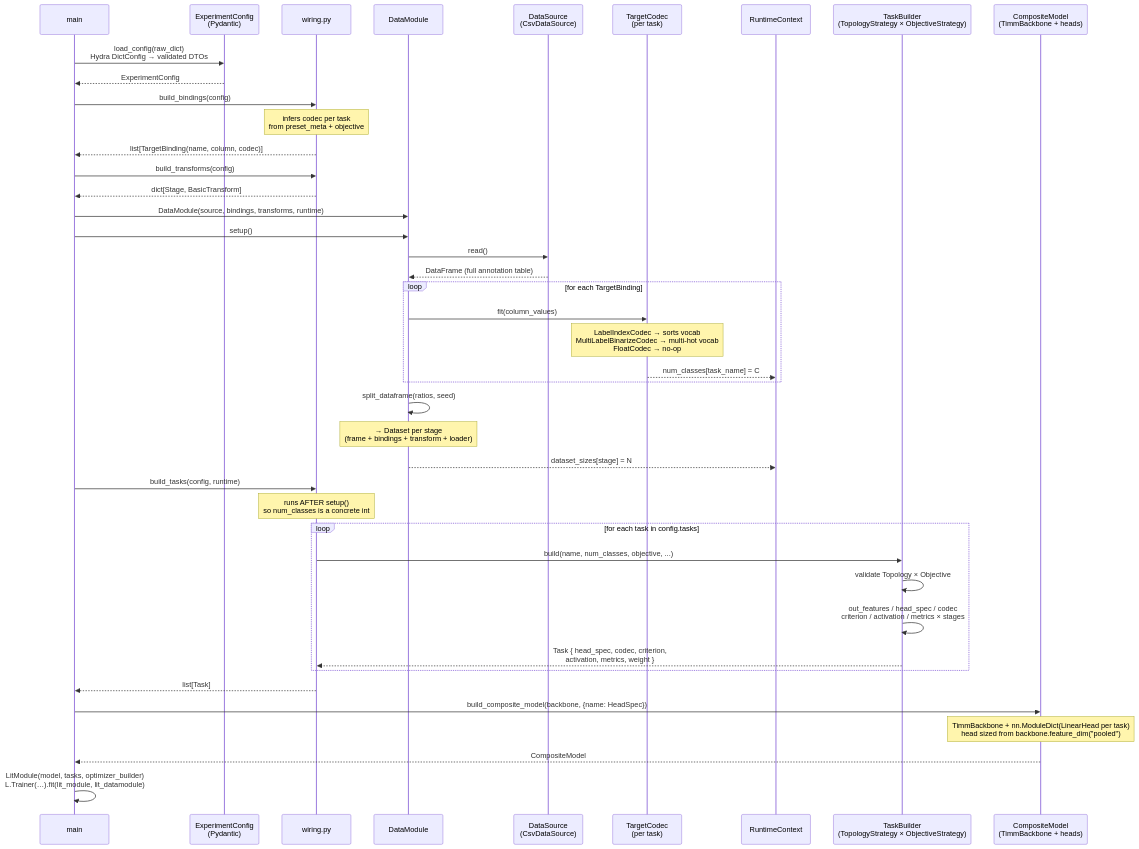
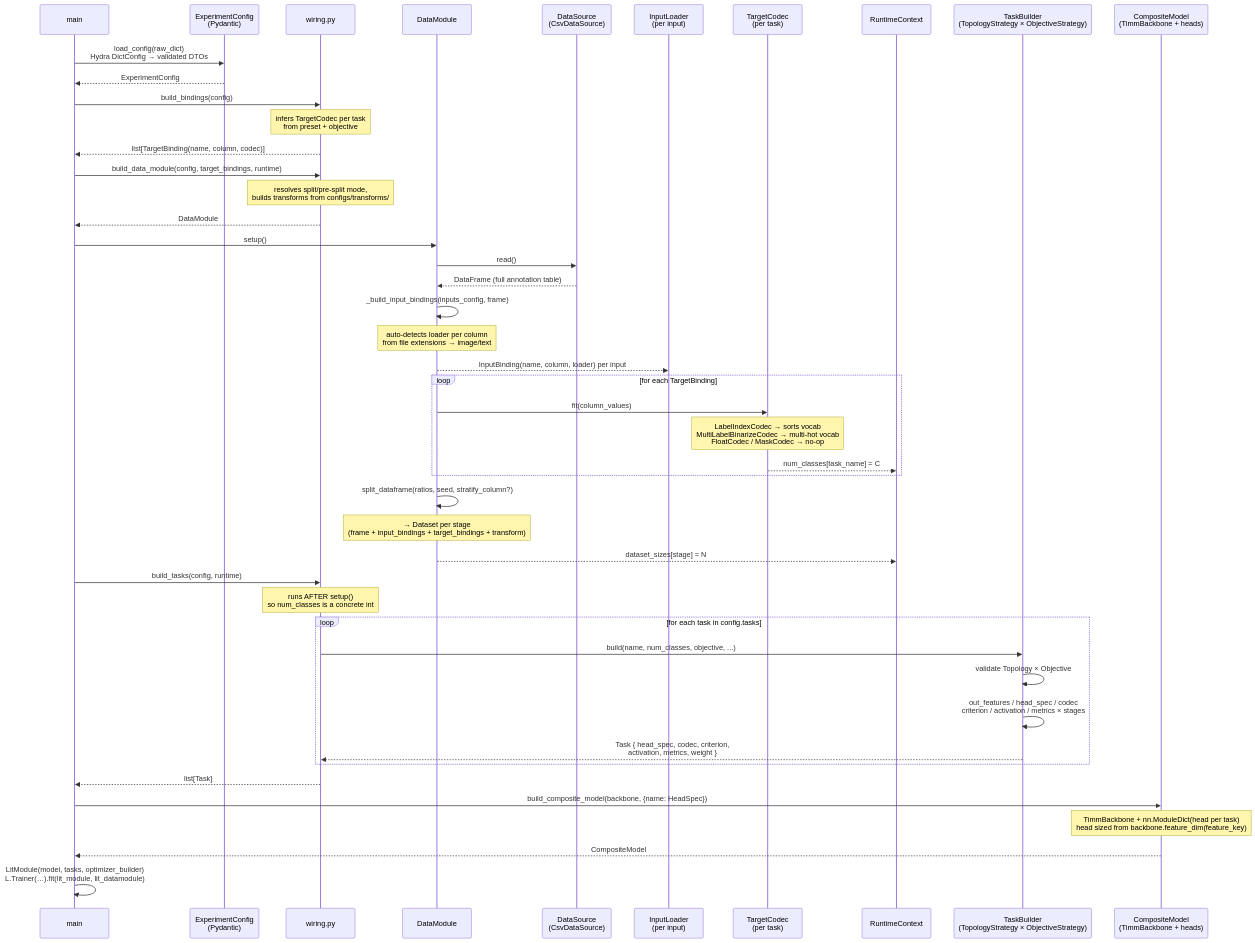
Before and after one commit to gjegoj/framework: the first of 3 diagrams in README.md, drawn with Mermaid. The commit also changed other lines of this file and 44 other files, not shown here.

````diff
--- a/README.md
+++ b/README.md
@@ -9,55 +9,60 @@
 ```mermaid
 sequenceDiagram
     participant main
     participant Config as ExperimentConfig<br/>(Pydantic)
     participant Wiring as wiring.py
     participant DM as DataModule
     participant DS as DataSource<br/>(CsvDataSource)
+    participant IL as InputLoader<br/>(per input)
     participant Codec as TargetCodec<br/>(per task)
     participant RT as RuntimeContext
     participant TB as TaskBuilder<br/>(TopologyStrategy × ObjectiveStrategy)
     participant CM as CompositeModel<br/>(TimmBackbone + heads)
 
     main->>Config: load_config(raw_dict)<br/>Hydra DictConfig → validated DTOs
     Config-->>main: ExperimentConfig
 
     main->>Wiring: build_bindings(config)
-    Note over Wiring: infers codec per task<br/>from preset_meta + objective
+    Note over Wiring: infers TargetCodec per task<br/>from preset + objective
     Wiring-->>main: list[TargetBinding(name, column, codec)]
 
-    main->>Wiring: build_transforms(config)
-    Wiring-->>main: dict[Stage, BasicTransform]
+    main->>Wiring: build_data_module(config, target_bindings, runtime)
+    Note over Wiring: resolves split/pre-split mode,<br/>builds transforms from configs/transforms/
+    Wiring-->>main: DataModule
 
-    main->>DM: DataModule(source, bindings, transforms, runtime)
     main->>DM: setup()
 
     DM->>DS: read()
     DS-->>DM: DataFrame (full annotation table)
 
+    DM->>DM: _build_input_bindings(inputs_config, frame)
+    Note over DM: auto-detects loader per column<br/>from file extensions → image/text
+    DM-->>IL: InputBinding(name, column, loader) per input
+
     loop for each TargetBinding
         DM->>Codec: fit(column_values)
-        Note over Codec: LabelIndexCodec → sorts vocab<br/>MultiLabelBinarizeCodec → multi-hot vocab<br/>FloatCodec → no-op
+        Note over Codec: LabelIndexCodec → sorts vocab<br/>MultiLabelBinarizeCodec → multi-hot vocab<br/>FloatCodec / MaskCodec → no-op
         Codec-->>RT: num_classes[task_name] = C
     end
 
-    DM->>DM: split_dataframe(ratios, seed)
-    Note over DM: → Dataset per stage<br/>(frame + bindings + transform + loader)
+    DM->>DM: split_dataframe(ratios, seed, stratify_column?)
+    Note over DM: → Dataset per stage<br/>(frame + input_bindings + target_bindings + transform)
     DM-->>RT: dataset_sizes[stage] = N
 
     main->>Wiring: build_tasks(config, runtime)
     Note over Wiring: runs AFTER setup()<br/>so num_classes is a concrete int
 
     loop for each task in config.tasks
         Wiring->>TB: build(name, num_classes, objective, ...)
         TB->>TB: validate Topology × Objective
         TB->>TB: out_features / head_spec / codec<br/>criterion / activation / metrics × stages
         TB-->>Wiring: Task { head_spec, codec, criterion,<br/>activation, metrics, weight }
     end
     Wiring-->>main: list[Task]
 
     main->>CM: build_composite_model(backbone, {name: HeadSpec})
-    Note over CM: TimmBackbone + nn.ModuleDict(LinearHead per task)<br/>head sized from backbone.feature_dim("pooled")
+    Note over CM: TimmBackbone + nn.ModuleDict(head per task)<br/>head sized from backbone.feature_dim(feature_key)
     CM-->>main: CompositeModel
 
     main->>main: LitModule(model, tasks, optimizer_builder)<br/>L.Trainer(…).fit(lit_module, lit_datamodule)
 ```
````
